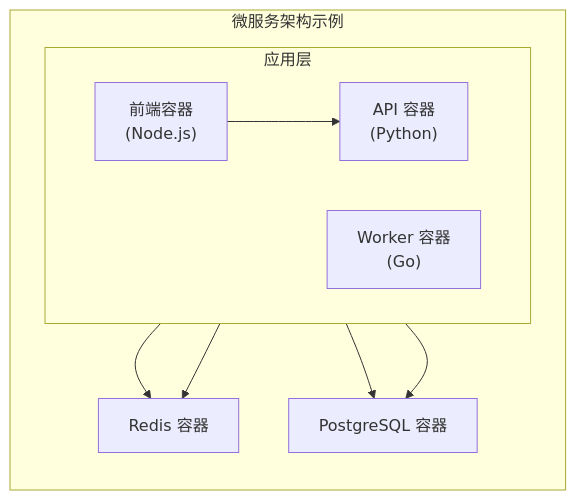
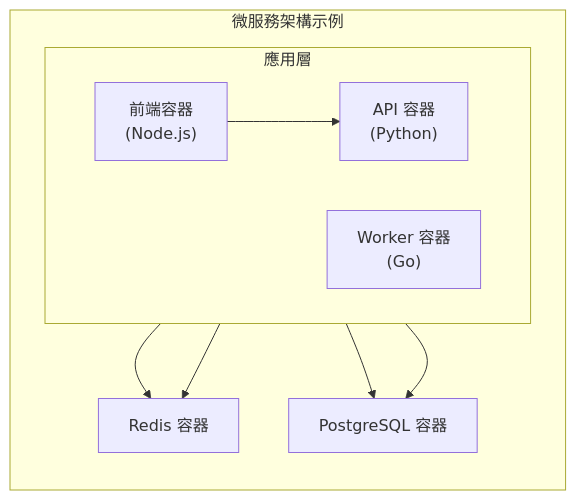
The fourth of 4 diagrams in 01_introduction/1.3_why.md (alexkuoecity/docker-practice-master-zh-tw), drawn with Mermaid before and after one commit. The commit also changed other lines of this file and 200 other files, not shown here.

````diff
--- a/01_introduction/1.3_why.md
+++ b/01_introduction/1.3_why.md
@@ -171,20 +171,20 @@
 ```mermaid
 flowchart TD
-    subgraph Microservices ["微服务架构示例"]
+    subgraph Microservices ["微服務架構示例"]
         direction TB
-        subgraph AppLayer ["应用层"]
+        subgraph AppLayer ["應用層"]
             direction LR
             Frontend["前端容器<br/>(Node.js)"]
             API["API 容器<br/>(Python)"]
             Worker["Worker 容器<br/>(Go)"]
         end
         Redis["Redis 容器"]
         DB["PostgreSQL 容器"]
 
         Frontend --> API
         API --> Redis
         API --> DB
         Worker --> Redis
         Worker --> DB
     end
 ```
````
